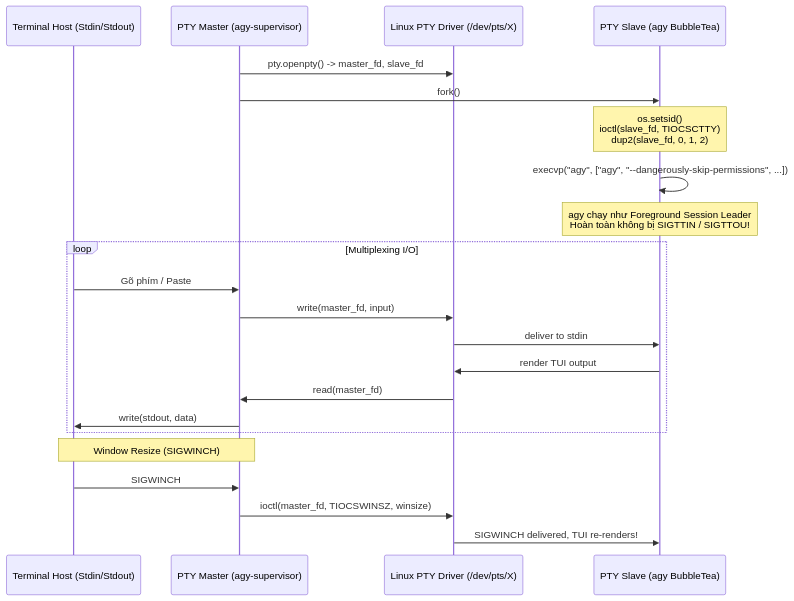
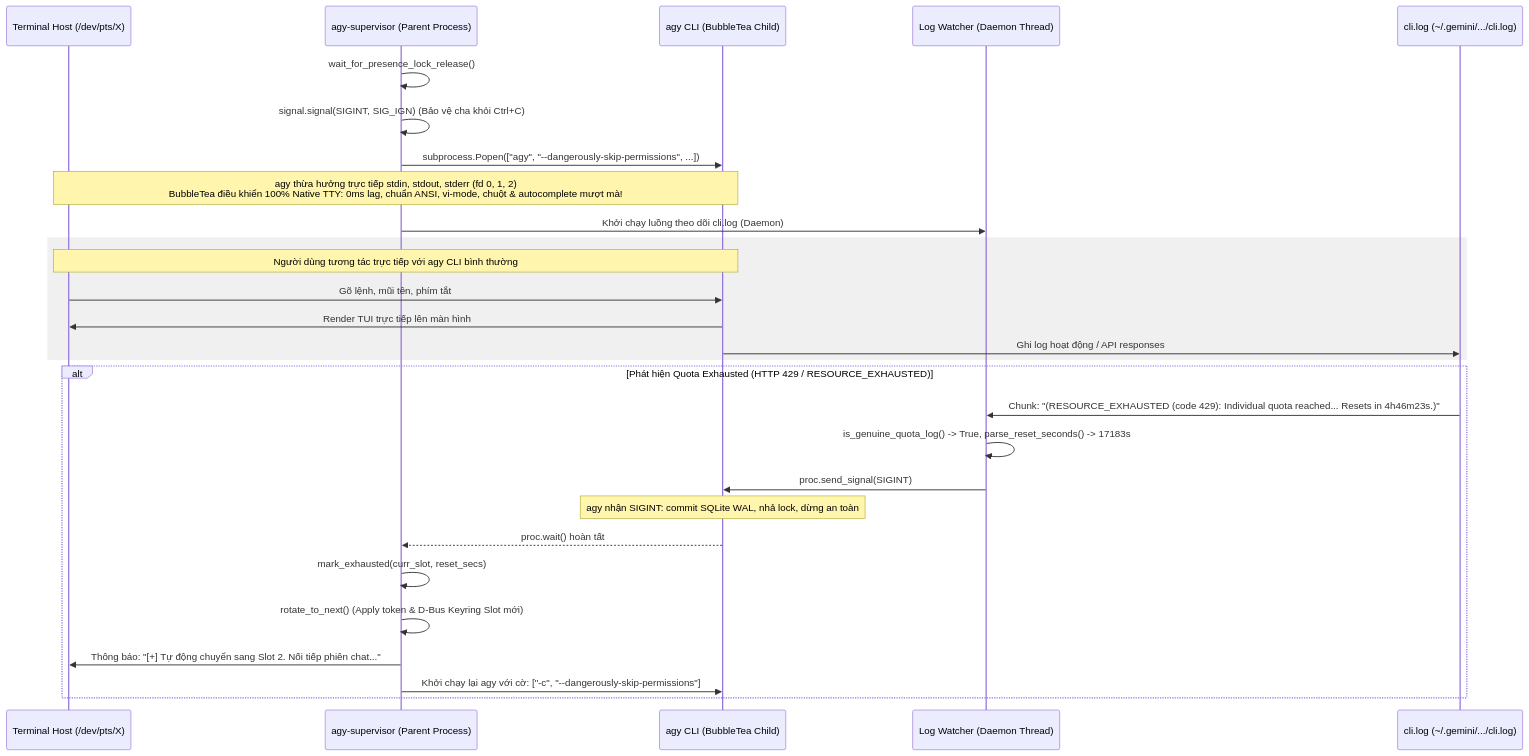
Before and after one commit to Tc3s/Gr33d-4gy: the first of 2 diagrams in docs/ARCHITECTURE.md, drawn with Mermaid. The commit also changed other lines of this file and 3 other files, not shown here.

First line of the commit message:
fix(tui): replace PTY proxy with direct native foreground execution and log watcher

````diff
--- a/docs/ARCHITECTURE.md
+++ b/docs/ARCHITECTURE.md
@@ -21,27 +21,34 @@
 ```mermaid
 sequenceDiagram
-    participant User as Terminal Host (Stdin/Stdout)
-    participant Supervisor as PTY Master (agy-supervisor)
-    participant Kernel as Linux PTY Driver (/dev/pts/X)
-    participant agy as PTY Slave (agy BubbleTea)
+    participant User as Terminal Host (/dev/pts/X)
+    participant Supervisor as agy-supervisor (Parent Process)
+    participant agy as agy CLI (BubbleTea Child)
+    participant Watcher as Log Watcher (Daemon Thread)
+    participant Log as cli.log (~/.gemini/.../cli.log)
 
-    Supervisor->>Kernel: pty.openpty() -> master_fd, slave_fd
-    Supervisor->>agy: fork()
-    Note over agy: os.setsid()<br/>ioctl(slave_fd, TIOCSCTTY)<br/>dup2(slave_fd, 0, 1, 2)
-    agy->>agy: execvp("agy", ["agy", "--dangerously-skip-permissions", ...])
-    Note over agy: agy chạy như Foreground Session Leader<br/>Hoàn toàn không bị SIGTTIN / SIGTTOU!
+    Supervisor->>Supervisor: wait_for_presence_lock_release()
+    Supervisor->>Supervisor: signal.signal(SIGINT, SIG_IGN) (Bảo vệ cha khỏi Ctrl+C)
+    Supervisor->>agy: subprocess.Popen(["agy", "--dangerously-skip-permissions", ...])
+    Note over agy, User: agy thừa hưởng trực tiếp stdin, stdout, stderr (fd 0, 1, 2)<br/>BubbleTea điều khiển 100% Native TTY: 0ms lag, chuẩn ANSI, vi-mode, chuột & autocomplete mượt mà!
     
-    loop Multiplexing I/O
-        User->>Supervisor: Gõ phím / Paste
-        Supervisor->>Kernel: write(master_fd, input)
-        Kernel->>agy: deliver to stdin
-        agy->>Kernel: render TUI output
-        Kernel->>Supervisor: read(master_fd)
-        Supervisor->>User: write(stdout, data)
+    Supervisor->>Watcher: Khởi chạy luồng theo dõi cli.log (Daemon)
+    
+    rect rgb(240, 240, 240)
+        Note over User, agy: Người dùng tương tác trực tiếp với agy CLI bình thường
+        User->>agy: Gõ lệnh, mũi tên, phím tắt
+        agy->>User: Render TUI trực tiếp lên màn hình
+        agy->>Log: Ghi log hoạt động / API responses
     end
 
-    Note over User, Supervisor: Window Resize (SIGWINCH)
-    User->>Supervisor: SIGWINCH
-    Supervisor->>Kernel: ioctl(master_fd, TIOCSWINSZ, winsize)
-    Kernel->>agy: SIGWINCH delivered, TUI re-renders!
+    alt Phát hiện Quota Exhausted (HTTP 429 / RESOURCE_EXHAUSTED)
+        Log->>Watcher: Chunk: "(RESOURCE_EXHAUSTED (code 429): Individual quota reached... Resets in 4h46m23s.)"
+        Watcher->>Watcher: is_genuine_quota_log() -> True, parse_reset_seconds() -> 17183s
+        Watcher->>agy: proc.send_signal(SIGINT)
+        Note over agy: agy nhận SIGINT: commit SQLite WAL, nhả lock, dừng an toàn
+        agy-->>Supervisor: proc.wait() hoàn tất
+        Supervisor->>Supervisor: mark_exhausted(curr_slot, reset_secs)
+        Supervisor->>Supervisor: rotate_to_next() (Apply token & D-Bus Keyring Slot mới)
+        Supervisor->>User: Thông báo: "[+] Tự động chuyển sang Slot 2. Nối tiếp phiên chat..."
+        Supervisor->>agy: Khởi chạy lại agy với cờ: ["-c", "--dangerously-skip-permissions"]
+    end
 ```
````
